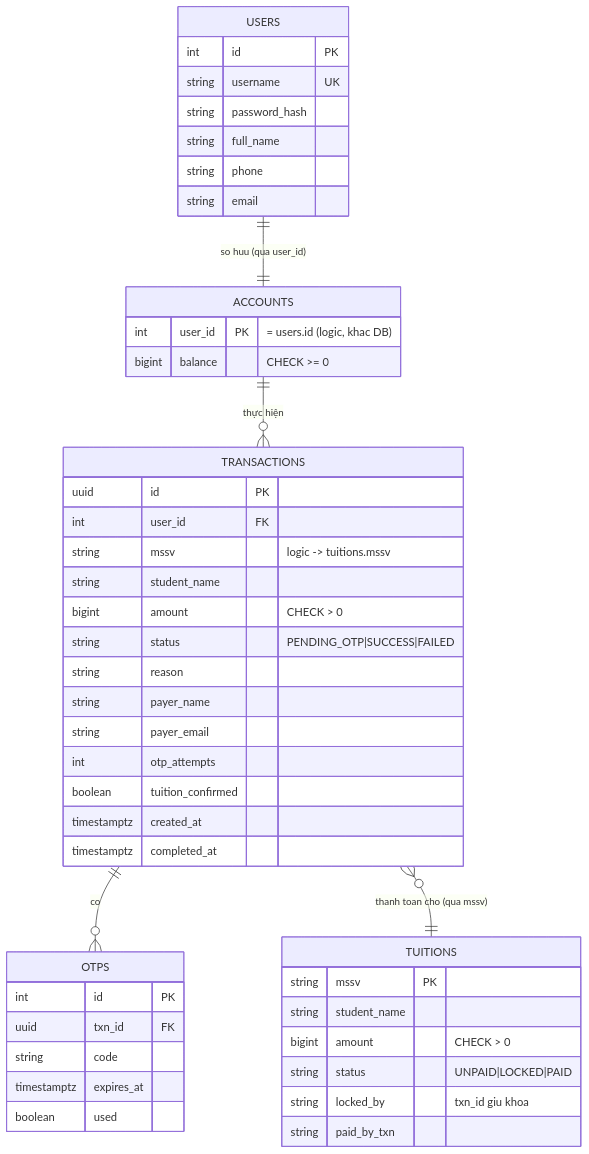
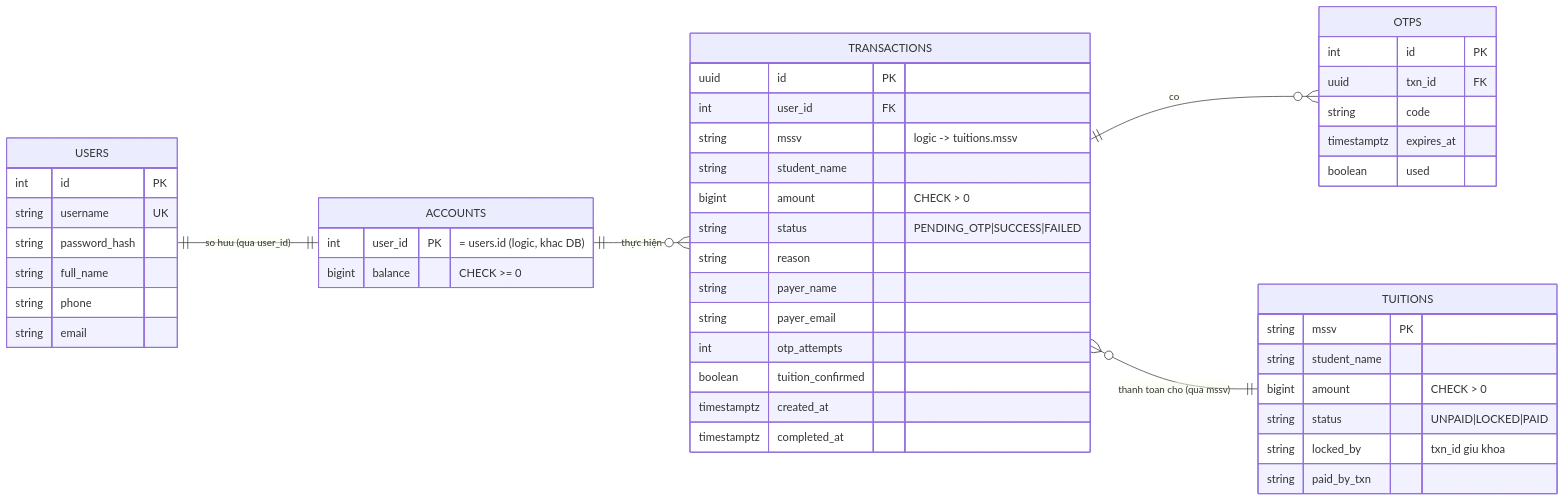
One commit to LeHuyVu26/MIdterm_SOA_IBanking changed the second of 4 diagrams in README.md. Above: the diagram before and after it, drawn with Mermaid.

Commit message:
Update ERD section in README.md

````diff
--- a/README.md
+++ b/README.md
@@ -50,49 +50,50 @@
 ```mermaid
 erDiagram
+  direction LR
   USERS {
     int id PK
     string username UK
     string password_hash
     string full_name
     string phone
     string email
   }
   TUITIONS {
     string mssv PK
     string student_name
     bigint amount "CHECK > 0"
     string status "UNPAID|LOCKED|PAID"
     string locked_by "txn_id giu khoa"
     string paid_by_txn
   }
   ACCOUNTS {
     int user_id PK "= users.id (logic, khac DB)"
     bigint balance "CHECK >= 0"
   }
   TRANSACTIONS {
     uuid id PK
     int user_id FK
     string mssv "logic -> tuitions.mssv"
     string student_name
     bigint amount "CHECK > 0"
     string status "PENDING_OTP|SUCCESS|FAILED"
     string reason
     string payer_name
     string payer_email
     int otp_attempts
     boolean tuition_confirmed
     timestamptz created_at
     timestamptz completed_at
   }
   OTPS {
     int id PK
     uuid txn_id FK
     string code
     timestamptz expires_at
     boolean used
   }
   USERS ||--|| ACCOUNTS : "so huu (qua user_id)"
   ACCOUNTS ||--o{ TRANSACTIONS : "thực hiện"
   TRANSACTIONS ||--o{ OTPS : "co"
   TRANSACTIONS }o--|| TUITIONS : "thanh toan cho (qua mssv)"
 ```
````
